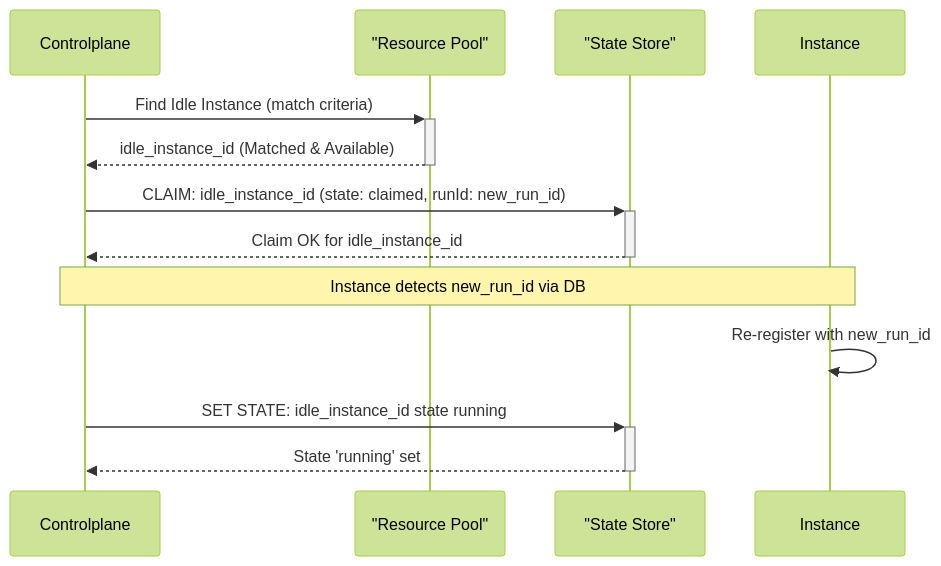
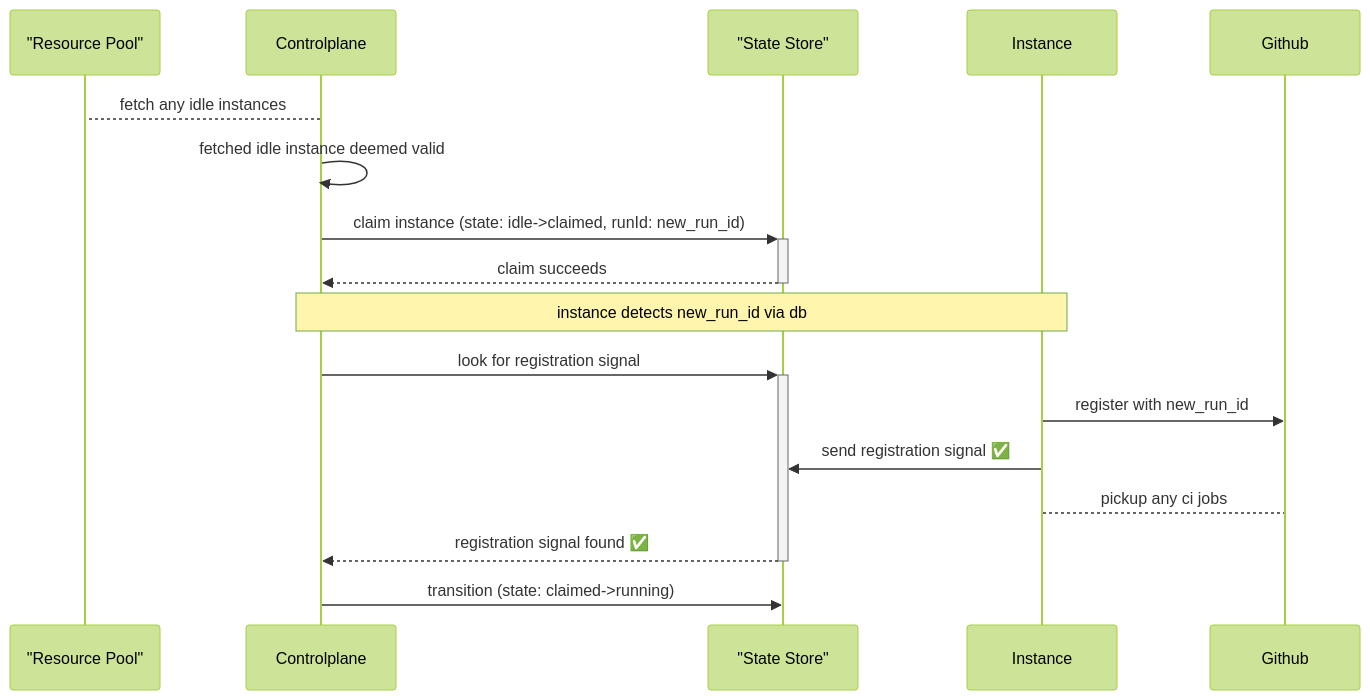
Before and after one commit to fleet-actions/ec2-runner-pool-manager: the third of 5 diagrams in docs/architecture/overview.md, drawn with Mermaid (forest theme). The commit also changed other lines of this file and 1 other file, not shown here.

Commit message:
docs: refine architecture overview and provision docs

````diff
--- a/docs/architecture/overview.md
+++ b/docs/architecture/overview.md
@@ -242,20 +244,24 @@
     ```mermaid
     sequenceDiagram
+        participant SQS_Pool as "Resource Pool"
         participant Controlplane
-        participant SQS_Pool as "Resource Pool"
         participant DynamoDB as "State Store"
         participant Instance
+        participant Github
 
-        Controlplane->>+SQS_Pool: Find Idle Instance (match criteria)
-        SQS_Pool-->>-Controlplane: idle_instance_id (Matched & Available)
+        Controlplane-->SQS_Pool: fetch any idle instances
+        Controlplane->>Controlplane: fetched idle instance deemed valid
         
-        Controlplane->>+DynamoDB: CLAIM: idle_instance_id (state: claimed, runId: new_run_id)
-        DynamoDB-->>-Controlplane: Claim OK for idle_instance_id
+        Controlplane->>+DynamoDB: claim instance (state: idle->claimed, runId: new_run_id)
+        DynamoDB-->>-Controlplane: claim succeeds
+        Note over Controlplane, Instance: instance detects new_run_id via db
+        Controlplane->>+DynamoDB: look for registration signal
         
-        Note over Controlplane, Instance: Instance detects new_run_id via DB
+        Instance->>Github: register with new_run_id
+        Instance->>DynamoDB: send registration signal ✅
+        Instance-->Github: pickup any ci jobs
+        DynamoDB-->>-Controlplane: registration signal found ✅
         
-        Instance->>Instance: Re-register with new_run_id
-        
-        Controlplane->>+DynamoDB: SET STATE: idle_instance_id state running
-        DynamoDB-->>-Controlplane: State 'running' set
+
+        Controlplane->>DynamoDB: transition (state: claimed->running)
     ```
````
